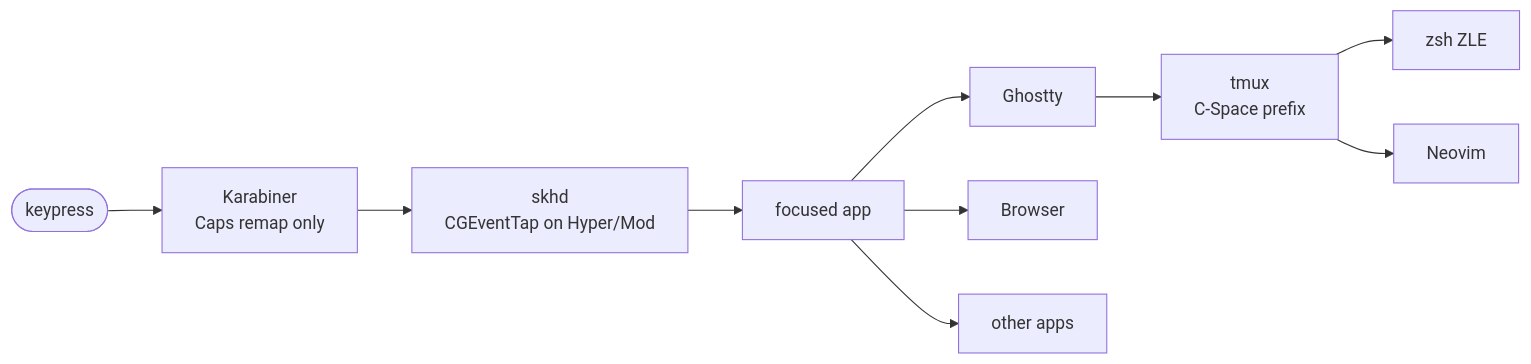
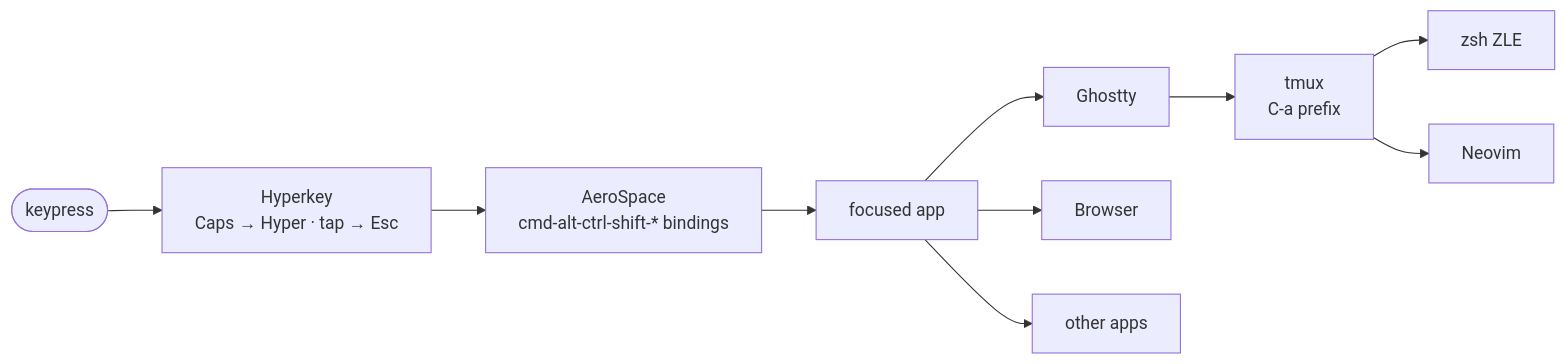
Before and after one commit to adames/dotfiles: the diagram in docs/keymap.md, drawn with Mermaid. The commit also changed other lines of this file and 11 other files, not shown here.

````diff
--- a/docs/keymap.md
+++ b/docs/keymap.md
@@ -16,12 +20,12 @@
 ```mermaid
 graph LR
-  KP([keypress]) --> KAR[Karabiner<br/>Caps remap only]
-  KAR --> SKHD[skhd<br/>CGEventTap on Hyper/Mod]
-  SKHD --> APP[focused app]
+  KP([keypress]) --> HK[Hyperkey<br/>Caps → Hyper · tap → Esc]
+  HK --> AERO[AeroSpace<br/>cmd-alt-ctrl-shift-* bindings]
+  AERO --> APP[focused app]
   APP --> Ghostty
   APP --> Browser
   APP --> Other[other apps]
-  Ghostty --> TMUX[tmux<br/>C-Space prefix]
+  Ghostty --> TMUX[tmux<br/>C-a prefix]
   TMUX --> ZSH[zsh ZLE]
   TMUX --> NVIM[Neovim]
 ```
````
